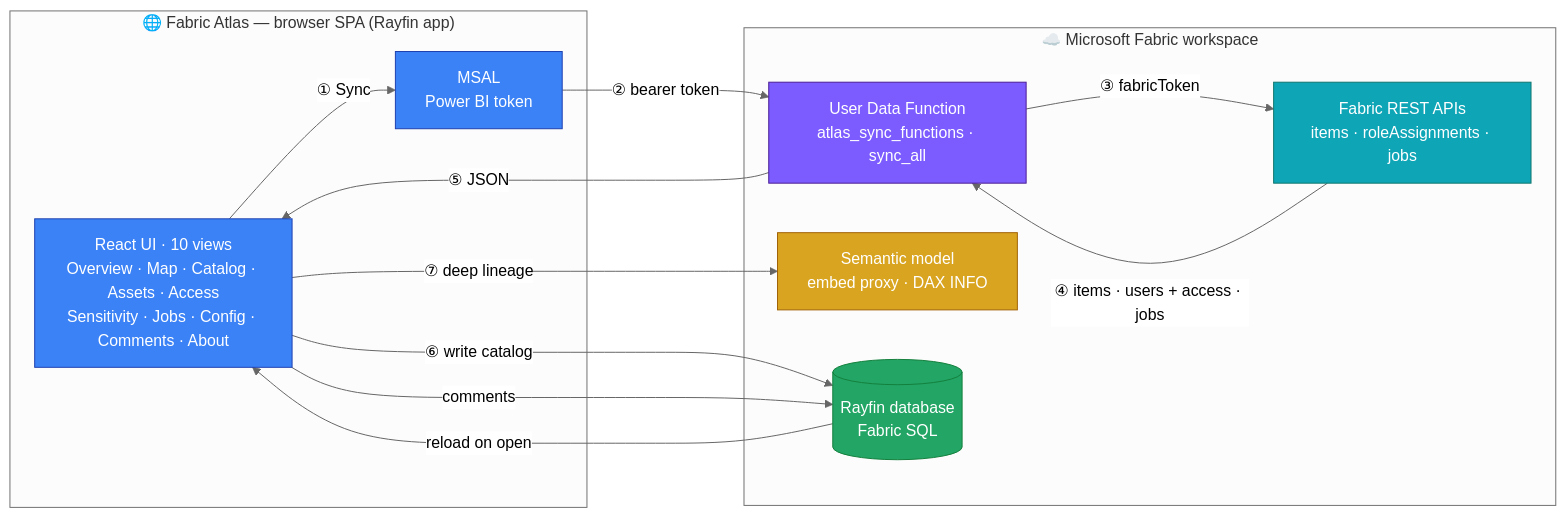
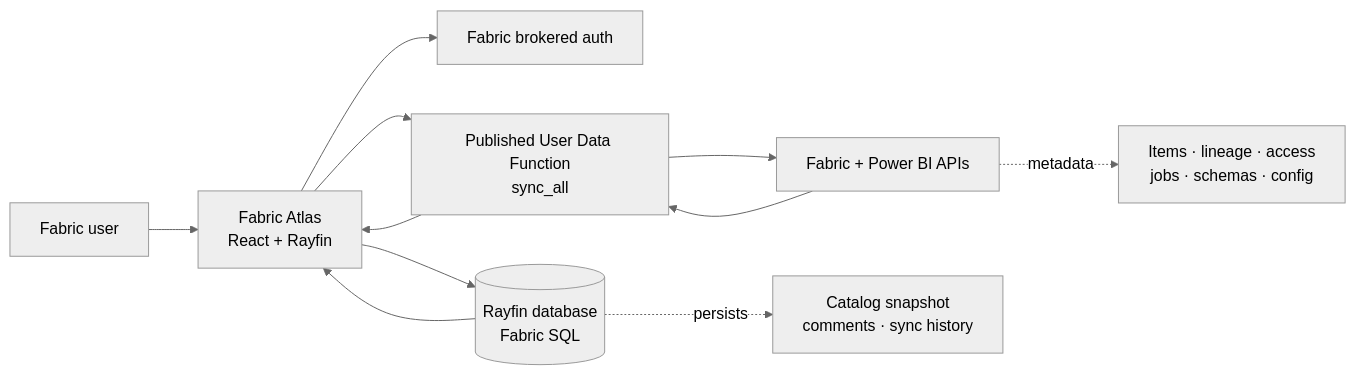
Before and after one commit to fredgis/FabricAtlas: the diagram in README.md, drawn with Mermaid (neutral theme). The commit also changed other lines of this file and 34 other files, not shown here.

First line of the commit message:
Release Fabric Atlas v1.3.0

````diff
--- a/README.md
+++ b/README.md
@@ -146,36 +119,14 @@
 ```mermaid
 flowchart LR
-  subgraph B["🌐 Fabric Atlas — browser SPA (Rayfin app)"]
-    UI["React UI · 10 views<br/>Overview · Map · Catalog · Assets · Access<br/>Sensitivity · Jobs · Config · Comments · About"]
-    MSAL["MSAL<br/>Power BI token"]
-  end
+  U["Fabric user"] --> APP["Fabric Atlas<br/>React + Rayfin"]
+  APP --> AUTH["Fabric brokered auth"]
+  APP --> UDF["Published User Data Function<br/>sync_all"]
+  UDF --> REST["Fabric + Power BI APIs"]
+  REST --> UDF
+  UDF --> APP
+  APP --> DB[("Rayfin database<br/>Fabric SQL")]
+  DB --> APP
 
-  subgraph F["☁️ Microsoft Fabric workspace"]
-    UDF["User Data Function<br/>atlas_sync_functions · sync_all"]
-    REST["Fabric REST APIs<br/>items · roleAssignments · jobs"]
-    SM["Semantic model<br/>embed proxy · DAX INFO"]
-    DB[("Rayfin database<br/>Fabric SQL")]
-  end
-
-  UI -- "① Sync" --> MSAL
-  MSAL -- "② bearer token" --> UDF
-  UDF -- "③ fabricToken" --> REST
-  REST -- "④ items · users + access · jobs" --> UDF
-  UDF -- "⑤ JSON" --> UI
-  UI -- "⑥ write catalog" --> DB
-  UI -- "⑦ deep lineage" --> SM
-  UI -- "comments" --> DB
-  DB -- "reload on open" --> UI
-
-  classDef browser fill:#3b82f6,stroke:#1e40af,color:#fff;
-  classDef udf fill:#7c5cff,stroke:#4c1d95,color:#fff;
-  classDef rest fill:#0ea5b7,stroke:#0f766e,color:#fff;
-  classDef db fill:#22a565,stroke:#15803d,color:#fff;
-  classDef sm fill:#d9a520,stroke:#a16207,color:#fff;
-
-  class UI,MSAL browser;
-  class UDF udf;
-  class REST rest;
-  class DB db;
-  class SM sm;
+  REST -. metadata .-> ITEMS["Items · lineage · access<br/>jobs · schemas · config"]
+  DB -. persists .-> CONTEXT["Catalog snapshot<br/>comments · sync history"]
 ```
````
